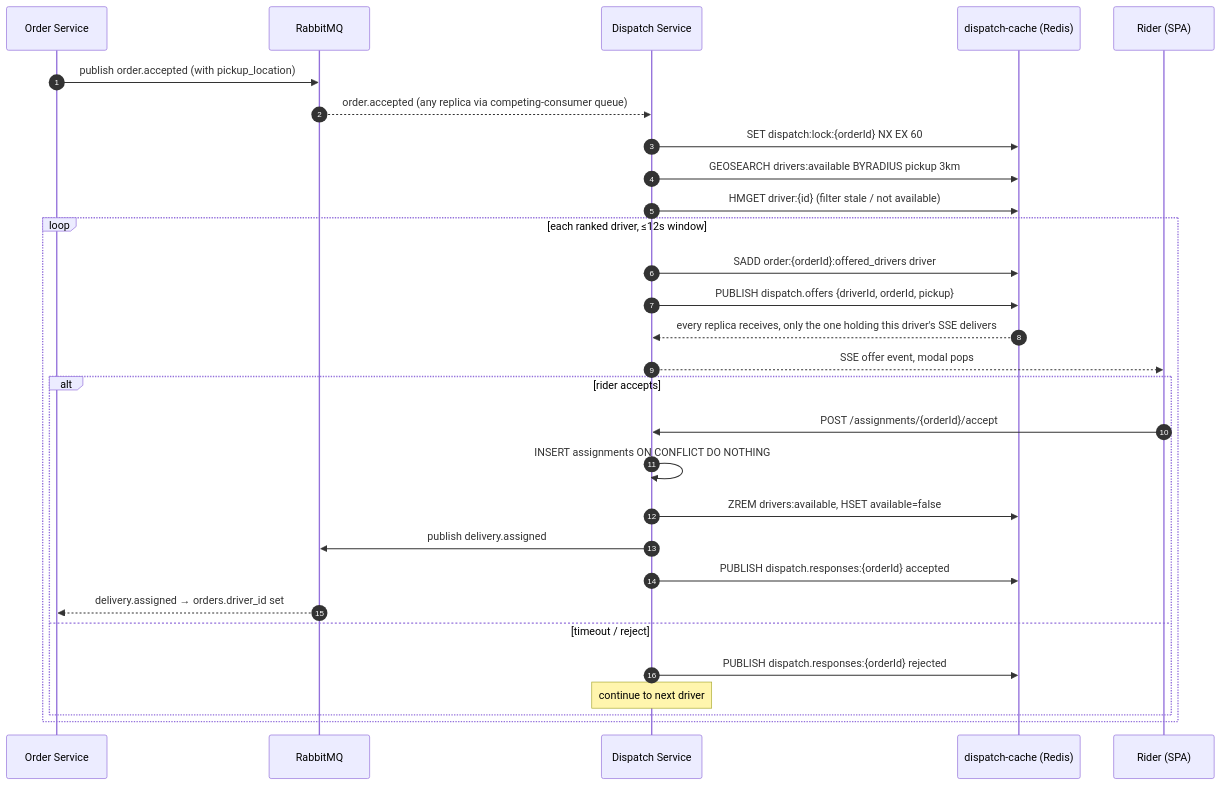
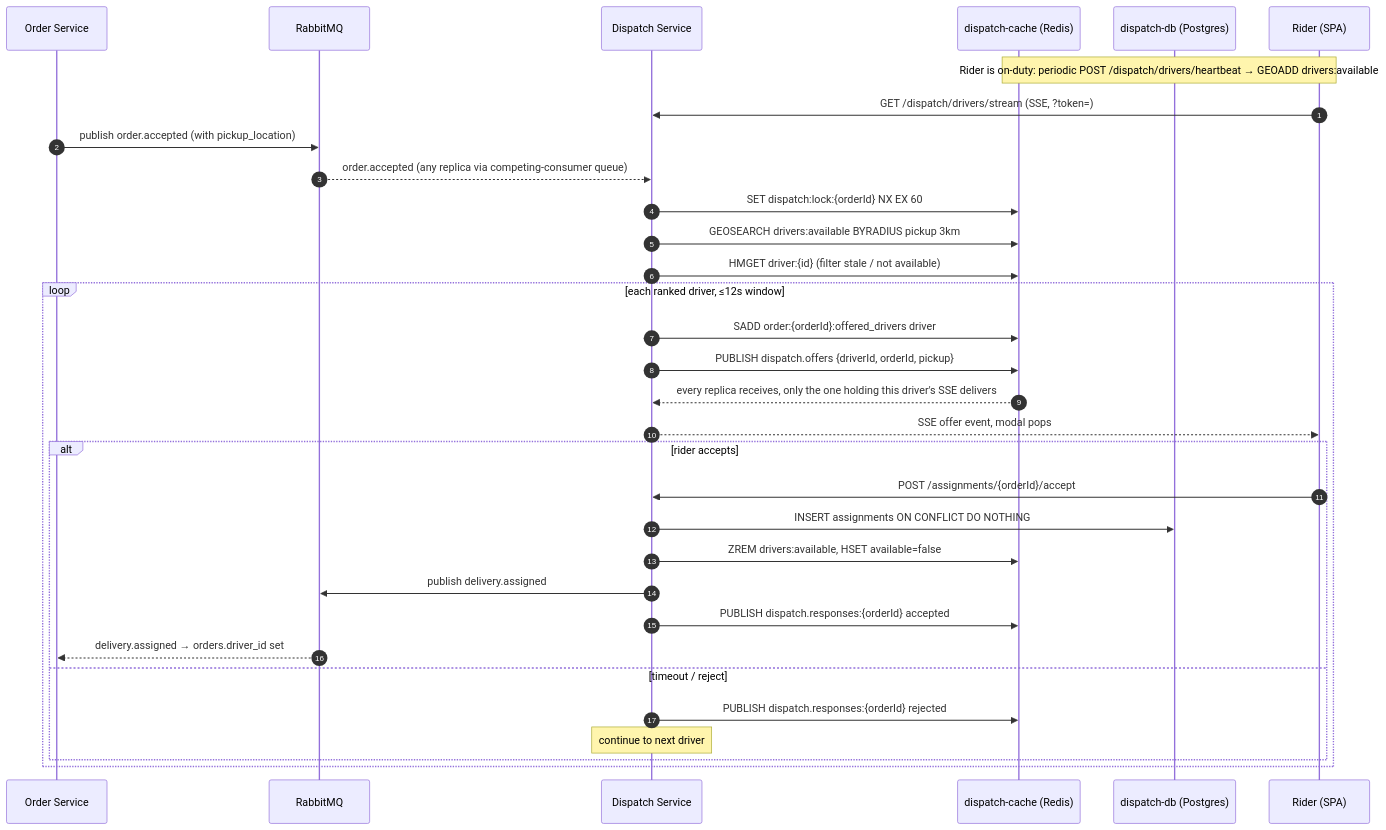
Before and after one commit to ThePainTester/food-delivery: the seventh of 8 diagrams in README.md, drawn with Mermaid. The commit also changed other lines of this file, not shown here.

````diff
--- a/README.md
+++ b/README.md
@@ -226,32 +225,35 @@
 ```mermaid
 sequenceDiagram
   autonumber
   participant OS as Order Service
   participant MQ as RabbitMQ
   participant DS as Dispatch Service
   participant Redis as dispatch-cache (Redis)
+  participant PG as dispatch-db (Postgres)
   participant R as Rider (SPA)
 
+  Note over R,Redis: Rider is on-duty: periodic POST /dispatch/drivers/heartbeat → GEOADD drivers:available
+  R->>DS: GET /dispatch/drivers/stream (SSE, ?token=)
   OS->>MQ: publish order.accepted (with pickup_location)
   MQ-->>DS: order.accepted (any replica via competing-consumer queue)
   DS->>Redis: SET dispatch:lock:{orderId} NX EX 60
   DS->>Redis: GEOSEARCH drivers:available BYRADIUS pickup 3km
   DS->>Redis: HMGET driver:{id} (filter stale / not available)
   loop each ranked driver, ≤12s window
     DS->>Redis: SADD order:{orderId}:offered_drivers driver
     DS->>Redis: PUBLISH dispatch.offers {driverId, orderId, pickup}
     Redis-->>DS: every replica receives, only the one holding this driver's SSE delivers
     DS-->>R: SSE offer event, modal pops
     alt rider accepts
       R->>DS: POST /assignments/{orderId}/accept
-      DS->>DS: INSERT assignments ON CONFLICT DO NOTHING
+      DS->>PG: INSERT assignments ON CONFLICT DO NOTHING
       DS->>Redis: ZREM drivers:available, HSET available=false
       DS->>MQ: publish delivery.assigned
       DS->>Redis: PUBLISH dispatch.responses:{orderId} accepted
       MQ-->>OS: delivery.assigned → orders.driver_id set
     else timeout / reject
       DS->>Redis: PUBLISH dispatch.responses:{orderId} rejected
       Note over DS: continue to next driver
     end
   end
 ```
````
